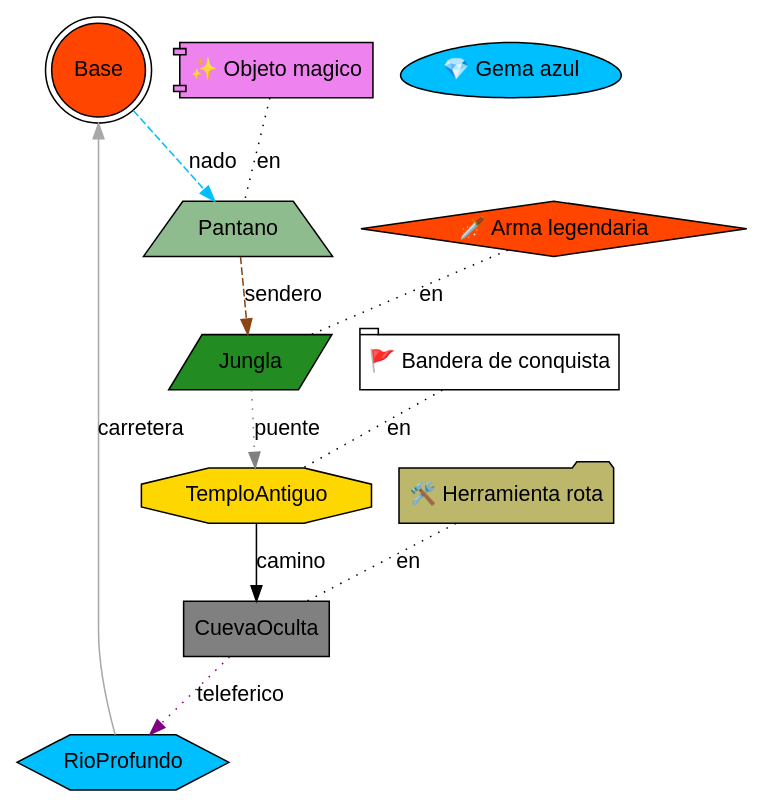
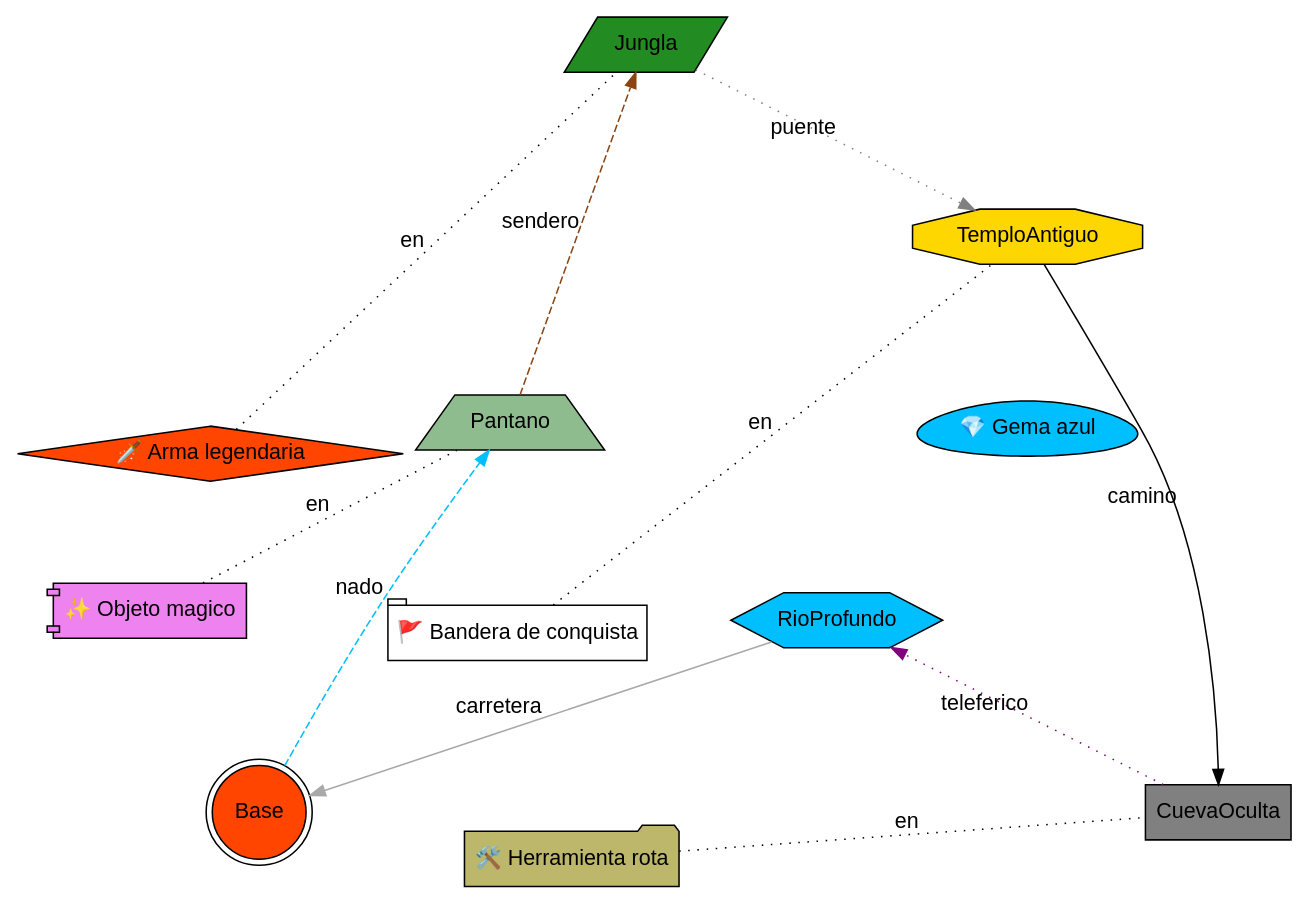
One commit to JoseArt777/-LFP-202100305- changed the diagram in Proyecto2/Proyecto 2V2/Main/temp_Expedicion_Volcanica.dot. Above: the diagram before and after it, drawn with Graphviz. The commit also changed 4 other files, not shown here.

```diff
--- a/Proyecto2/Proyecto 2V2/Main/temp_Expedicion_Volcanica.dot
+++ b/Proyecto2/Proyecto 2V2/Main/temp_Expedicion_Volcanica.dot
@@ -1,35 +1,35 @@
 digraph "Expedicion Volcanica" {
   // Configuración general
-  graph [fontname="Arial", rankdir=TB, overlap=false, splines=true];
+  graph [layout=neato, splines=true, overlap=false, fontname="Arial"]; // permite uso de coordenadas
   node [fontname="Arial", style=filled];
   edge [fontname="Arial"];
 
   // Lugares
   "Base" [shape=doublecircle, fillcolor="orangered", label="Base", pos="0,0!"];
   "Pantano" [shape=trapezium, fillcolor="darkseagreen", label="Pantano", pos="1,2!"];
   "Jungla" [shape=parallelogram, fillcolor="forestgreen", label="Jungla", pos="2,4!"];
   "TemploAntiguo" [shape=octagon, fillcolor="gold", label="TemploAntiguo", pos="4,3!"];
   "RioProfundo" [shape=hexagon, fillcolor="deepskyblue", label="RioProfundo", pos="3,1!"];
   "CuevaOculta" [shape=box, fillcolor="gray", label="CuevaOculta", pos="5,0!"];
 
   // Objetos en coordenadas específicas
   "obj_Gema_azul" [shape=egg, fillcolor="deepskyblue", label="💎 Gema azul", pos="4,2!"];
 
   // Objetos en lugares
   "obj_Arma_legendaria" [shape=diamond, fillcolor="orangered", label="🗡️ Arma legendaria"];
   "obj_Arma_legendaria" -> "Jungla" [label="en", dir=none, style=dotted];
   "obj_Bandera_de_conquista" [shape=tab, fillcolor="white", label="🚩 Bandera de conquista"];
   "obj_Bandera_de_conquista" -> "TemploAntiguo" [label="en", dir=none, style=dotted];
   "obj_Objeto_magico" [shape=component, fillcolor="violet", label="✨ Objeto magico"];
   "obj_Objeto_magico" -> "Pantano" [label="en", dir=none, style=dotted];
   "obj_Herramienta_rota" [shape=folder, fillcolor="darkkhaki", label="🛠️ Herramienta rota"];
   "obj_Herramienta_rota" -> "CuevaOculta" [label="en", dir=none, style=dotted];
 
   // Conexiones entre lugares
   "Base" -> "Pantano" [label="nado", color="deepskyblue", style=dashed];
   "Pantano" -> "Jungla" [label="sendero", color="saddlebrown", style=dashed];
   "Jungla" -> "TemploAntiguo" [label="puente", color="gray", style=dotted];
   "TemploAntiguo" -> "CuevaOculta" [label="camino", color="black", style=solid];
   "RioProfundo" -> "Base" [label="carretera", color="darkgray", style=solid];
   "CuevaOculta" -> "RioProfundo" [label="teleferico", color="purple", style=dotted];
 }
```
